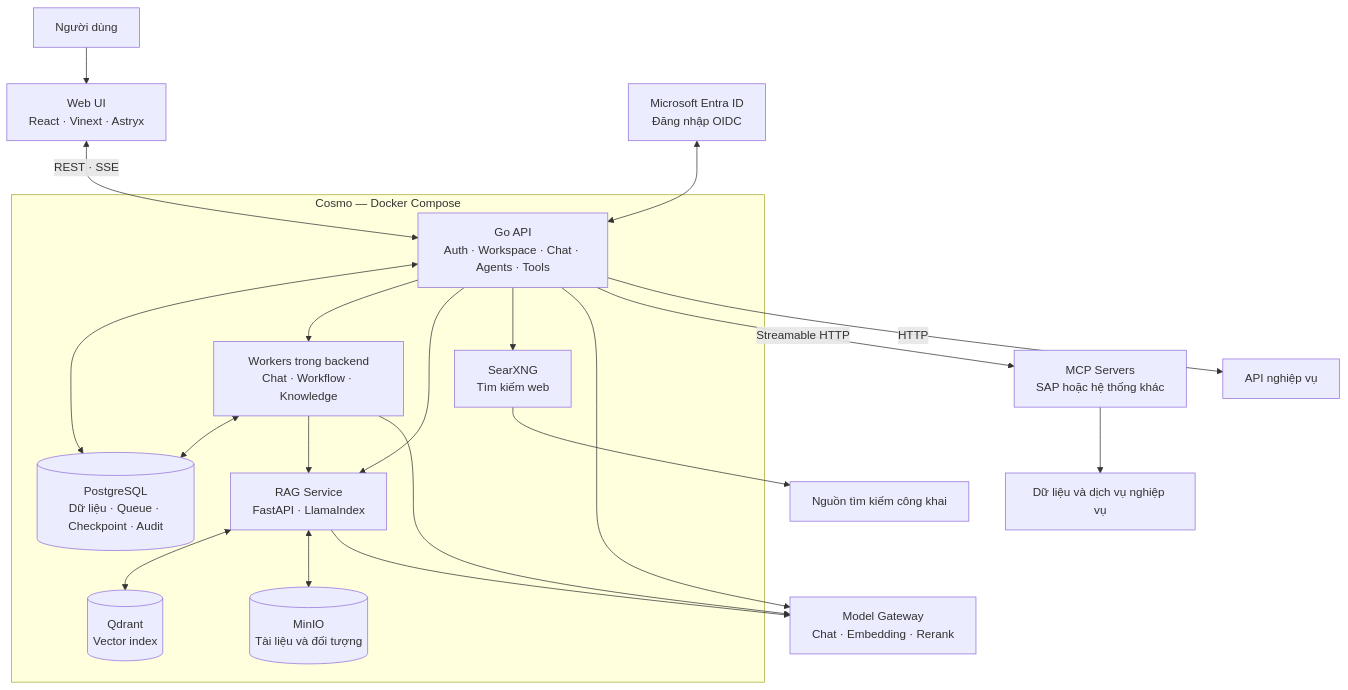
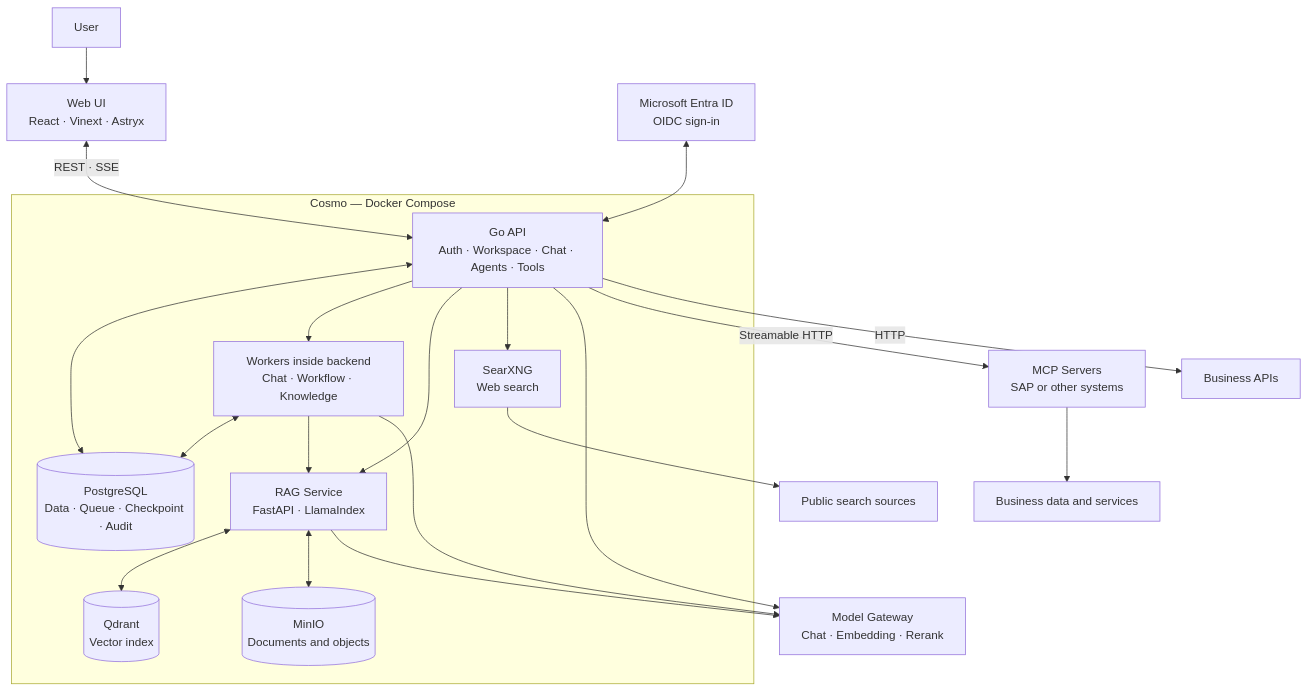
The first of 2 diagrams in README.md (hoangtu0812/Cosmo), drawn with Mermaid before and after one commit. The commit also changed other lines of this file and 1 other file, not shown here.

````diff
--- a/README.md
+++ b/README.md
@@ -60,33 +62,33 @@
 ```mermaid
 flowchart TB
-    User["Người dùng"] --> Web["Web UI<br/>React · Vinext · Astryx"]
+    User["User"] --> Web["Web UI<br/>React · Vinext · Astryx"]
     Web <-->|"REST · SSE"| API
 
     subgraph Cosmo["Cosmo — Docker Compose"]
         API["Go API<br/>Auth · Workspace · Chat · Agents · Tools"]
-        Workers["Workers trong backend<br/>Chat · Workflow · Knowledge"]
-        DB[("PostgreSQL<br/>Dữ liệu · Queue · Checkpoint · Audit")]
+        Workers["Workers inside backend<br/>Chat · Workflow · Knowledge"]
+        DB[("PostgreSQL<br/>Data · Queue · Checkpoint · Audit")]
         RAG["RAG Service<br/>FastAPI · LlamaIndex"]
         Vector[("Qdrant<br/>Vector index")]
-        Objects[("MinIO<br/>Tài liệu và đối tượng")]
-        Search["SearXNG<br/>Tìm kiếm web"]
+        Objects[("MinIO<br/>Documents and objects")]
+        Search["SearXNG<br/>Web search"]
         API <--> DB
         API --> Workers
         Workers <--> DB
         API --> RAG
         Workers --> RAG
         RAG <--> Vector
         RAG <--> Objects
         API --> Search
     end
 
-    Entra["Microsoft Entra ID<br/>Đăng nhập OIDC"] <--> API
+    Entra["Microsoft Entra ID<br/>OIDC sign-in"] <--> API
     Gateway["Model Gateway<br/>Chat · Embedding · Rerank"]
     API --> Gateway
     Workers --> Gateway
     RAG --> Gateway
-    API -->|"Streamable HTTP"| MCP["MCP Servers<br/>SAP hoặc hệ thống khác"]
-    API -->|"HTTP"| Services["API nghiệp vụ"]
-    MCP --> Business["Dữ liệu và dịch vụ nghiệp vụ"]
-    Search --> Internet["Nguồn tìm kiếm công khai"]
+    API -->|"Streamable HTTP"| MCP["MCP Servers<br/>SAP or other systems"]
+    API -->|"HTTP"| Services["Business APIs"]
+    MCP --> Business["Business data and services"]
+    Search --> Internet["Public search sources"]
 ```
````
